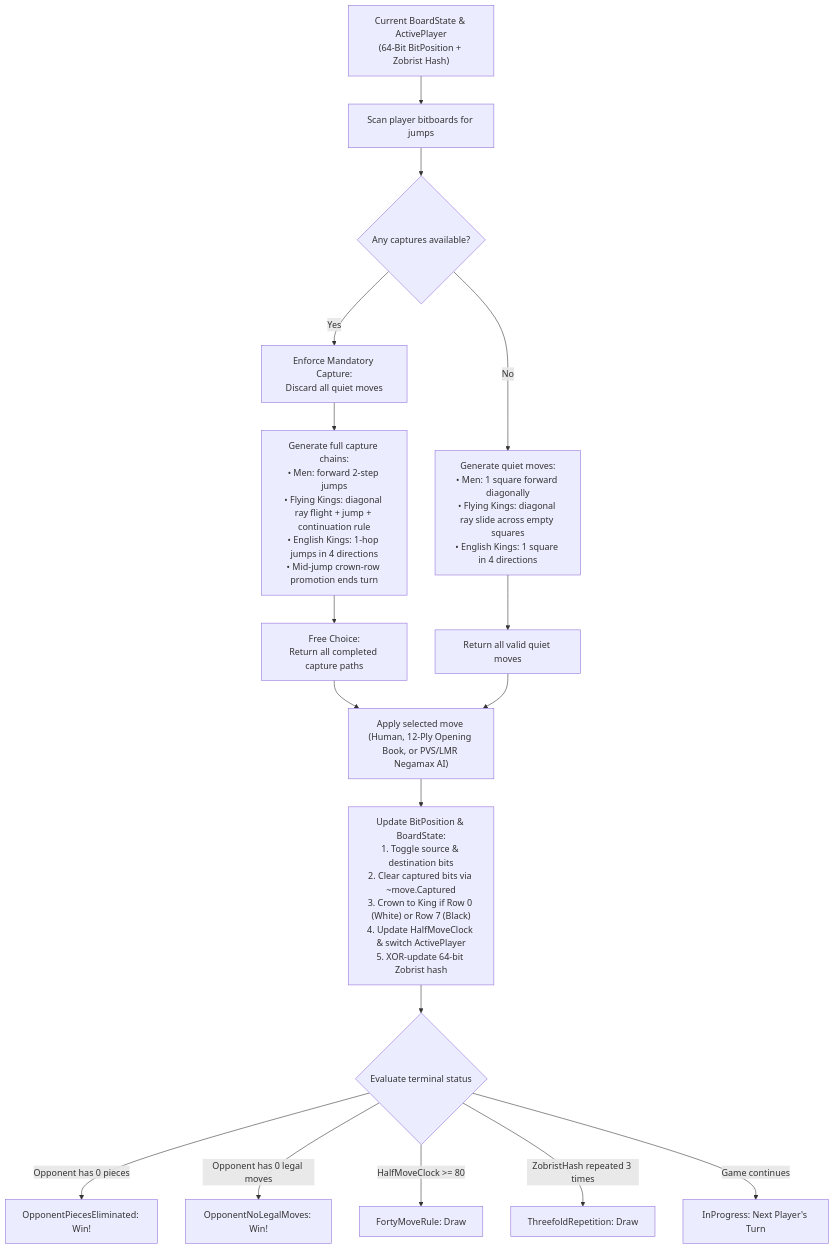
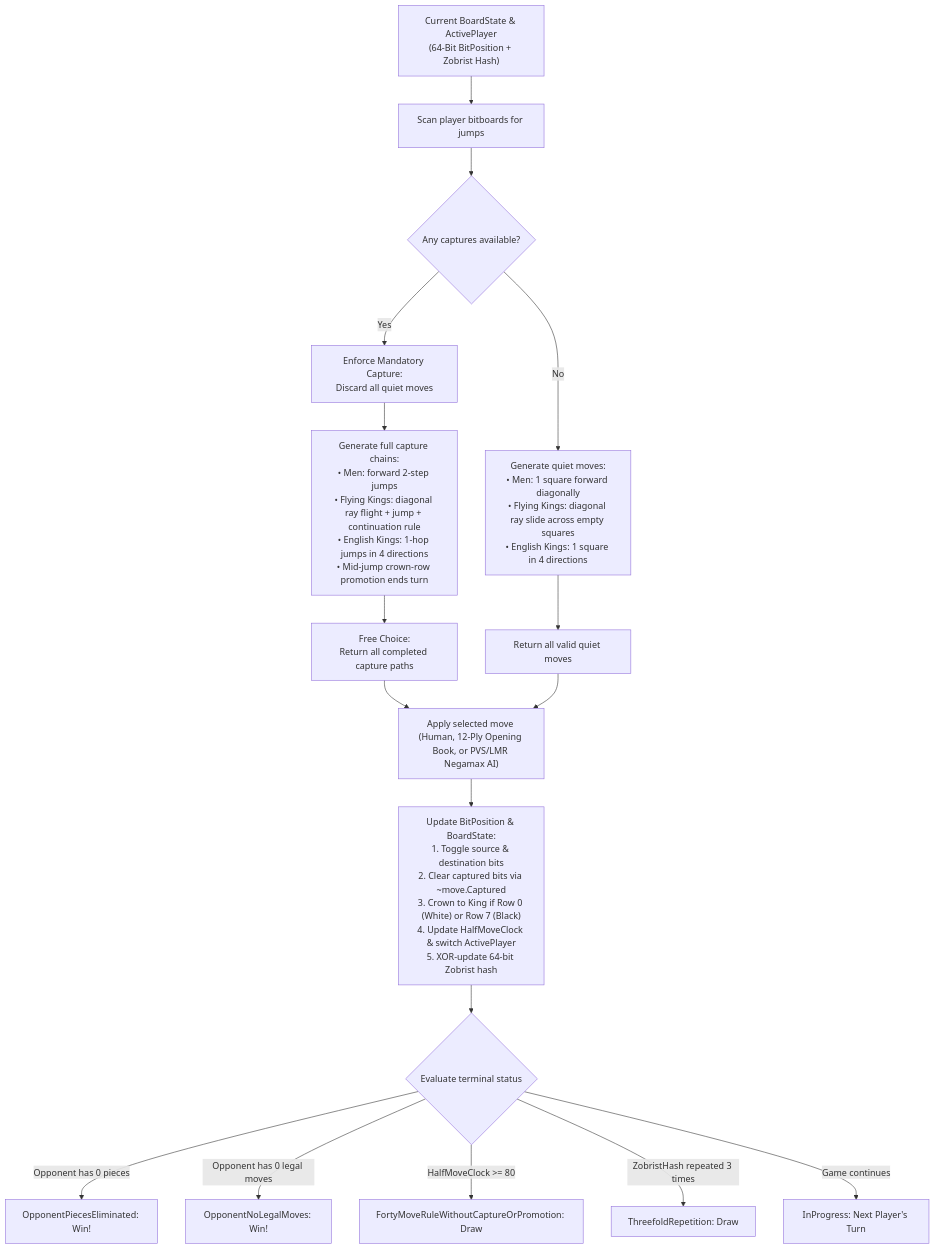
One commit to cjp-dev/Checkers changed the first of 2 diagrams in docs/brain/README.md. Above: the diagram before and after it, drawn with Mermaid. The commit also changed other lines of this file and 21 other files, not shown here.

````diff
--- a/docs/brain/README.md
+++ b/docs/brain/README.md
@@ -22,24 +22,24 @@
 ```mermaid
 flowchart TD
     Start["Current BoardState &amp; ActivePlayer<br/>(64-Bit BitPosition + Zobrist Hash)"] --> ScanCaptures["Scan player bitboards for jumps"]
     ScanCaptures --> HasCaptures{"Any captures available?"}
     
     HasCaptures -- "Yes" --> MandatoryRule["Enforce Mandatory Capture:<br/>Discard all quiet moves"]
     MandatoryRule --> GenCaptures["Generate full capture chains:<br/>• Men: forward 2-step jumps<br/>• Flying Kings: diagonal ray flight + jump + continuation rule<br/>• English Kings: 1-hop jumps in 4 directions<br/>• Mid-jump crown-row promotion ends turn"]
     GenCaptures --> FreeChoice["Free Choice:<br/>Return all completed capture paths"]
     
     HasCaptures -- "No" --> ScanQuiet["Generate quiet moves:<br/>• Men: 1 square forward diagonally<br/>• Flying Kings: diagonal ray slide across empty squares<br/>• English Kings: 1 square in 4 directions"]
     ScanQuiet --> ReturnQuiet["Return all valid quiet moves"]
     
     FreeChoice --> ApplyMove["Apply selected move (Human, 12-Ply Opening Book, or PVS/LMR Negamax AI)"]
     ReturnQuiet --> ApplyMove
     
     ApplyMove --> Mutate["Update BitPosition &amp; BoardState:<br/>1. Toggle source &amp; destination bits<br/>2. Clear captured bits via ~move.Captured<br/>3. Crown to King if Row 0 (White) or Row 7 (Black)<br/>4. Update HalfMoveClock &amp; switch ActivePlayer<br/>5. XOR-update 64-bit Zobrist hash"]
     
     Mutate --> CheckEnd{"Evaluate terminal status"}
     CheckEnd -- "Opponent has 0 pieces" --> WinElim["OpponentPiecesEliminated: Win!"]
     CheckEnd -- "Opponent has 0 legal moves" --> WinBlock["OpponentNoLegalMoves: Win!"]
-    CheckEnd -- "HalfMoveClock >= 80" --> Draw40["FortyMoveRule: Draw"]
+    CheckEnd -- "HalfMoveClock >= 80" --> Draw40["FortyMoveRuleWithoutCaptureOrPromotion: Draw"]
     CheckEnd -- "ZobristHash repeated 3 times" --> DrawRep["ThreefoldRepetition: Draw"]
     CheckEnd -- "Game continues" --> NextTurn["InProgress: Next Player's Turn"]
 ```
````
